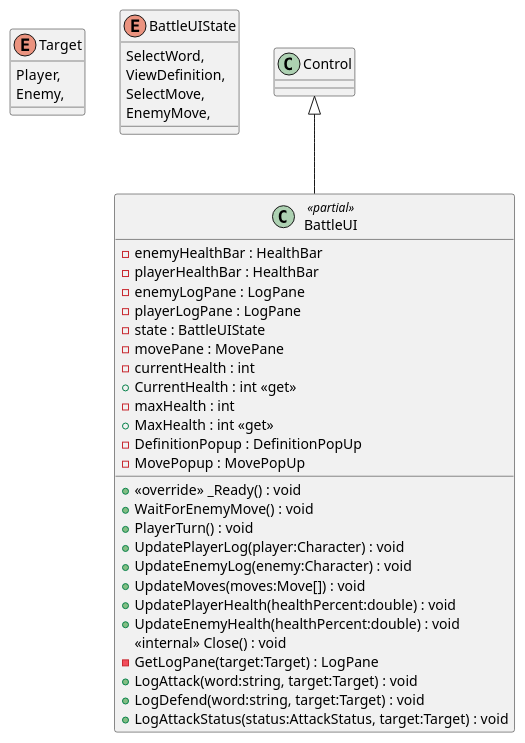
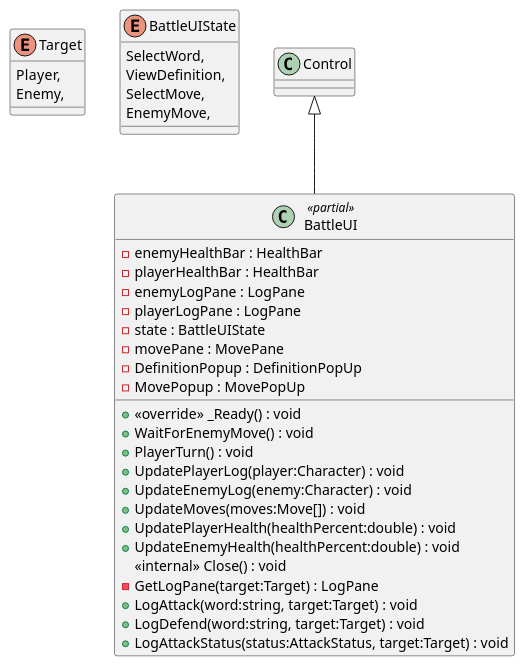
Before and after one commit to Leximon-SWE-2025/Leximon: the diagram in PlantUML/scenes/BattleUI.puml, drawn with PlantUML. The commit also changed 6 other files, not shown here.

Commit message:
update uml

```diff
--- a/PlantUML/scenes/BattleUI.puml
+++ b/PlantUML/scenes/BattleUI.puml
@@ -1,40 +1,36 @@
 @startuml
 enum Target {
     Player,
     Enemy,
 }
 enum BattleUIState {
     SelectWord,
     ViewDefinition,
     SelectMove,
     EnemyMove,
 }
 class BattleUI <<partial>> {
     - enemyHealthBar : HealthBar
     - playerHealthBar : HealthBar
     - enemyLogPane : LogPane
     - playerLogPane : LogPane
     - state : BattleUIState
     - movePane : MovePane
-    - currentHealth : int
-    + CurrentHealth : int <<get>>
-    - maxHealth : int
-    + MaxHealth : int <<get>>
     - DefinitionPopup : DefinitionPopUp
     - MovePopup : MovePopUp
     + <<override>> _Ready() : void
     + WaitForEnemyMove() : void
     + PlayerTurn() : void
     + UpdatePlayerLog(player:Character) : void
     + UpdateEnemyLog(enemy:Character) : void
     + UpdateMoves(moves:Move[]) : void
     + UpdatePlayerHealth(healthPercent:double) : void
     + UpdateEnemyHealth(healthPercent:double) : void
     <<internal>> Close() : void
     - GetLogPane(target:Target) : LogPane
     + LogAttack(word:string, target:Target) : void
     + LogDefend(word:string, target:Target) : void
     + LogAttackStatus(status:AttackStatus, target:Target) : void
 }
 Control <|-- BattleUI
 @enduml
```
